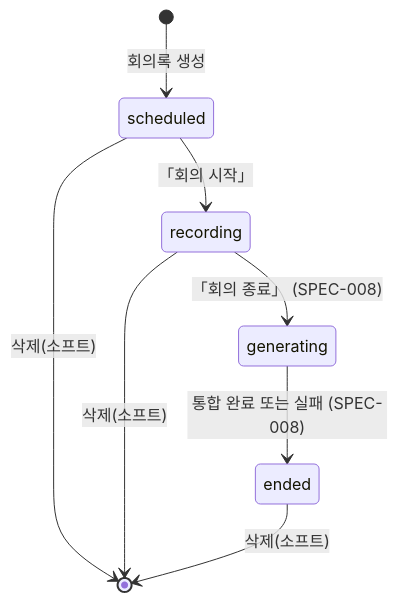
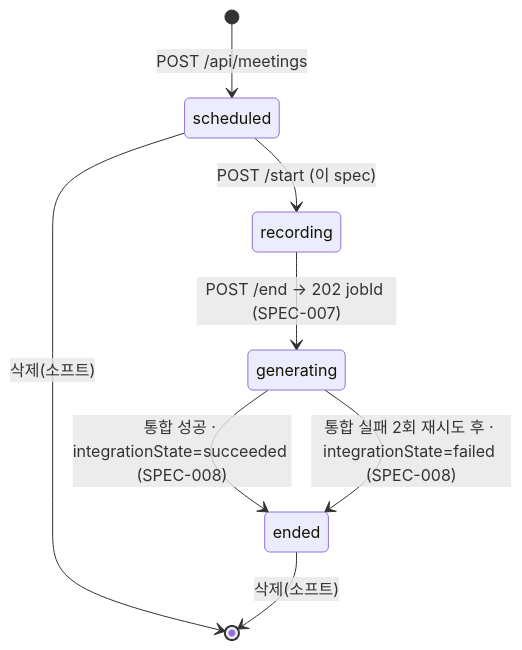
Before and after one commit to kknaks/kknaks_profile: the second of 2 diagrams in para/projects/summer-star/task-management/20-spec/spec-006-meeting-setup.md, drawn with Mermaid. The commit also changed other lines of this file and 14 other files, not shown here.

First line of the commit message:
docs(task-management): 회의록 SPEC 3 · WP 3 재작성 · 아키텍처 반영 · 결정 3건

````diff
--- a/para/projects/summer-star/task-management/20-spec/spec-006-meeting-setup.md
+++ b/para/projects/summer-star/task-management/20-spec/spec-006-meeting-setup.md
@@ -360,10 +597,10 @@
 ```mermaid
 stateDiagram-v2
-    [*] --> scheduled: 회의록 생성
-    scheduled --> recording: 「회의 시작」
-    recording --> generating: 「회의 종료」 (SPEC-008)
-    generating --> ended: 통합 완료 또는 실패 (SPEC-008)
+    [*] --> scheduled: POST /api/meetings
+    scheduled --> recording: POST /start (이 spec)
+    recording --> generating: POST /end → 202 jobId (SPEC-007)
+    generating --> ended: 통합 성공 · integrationState=succeeded (SPEC-008)
+    generating --> ended: 통합 실패 2회 재시도 후 · integrationState=failed (SPEC-008)
     scheduled --> [*]: 삭제(소프트)
-    recording --> [*]: 삭제(소프트)
     ended --> [*]: 삭제(소프트)
 ```
````
